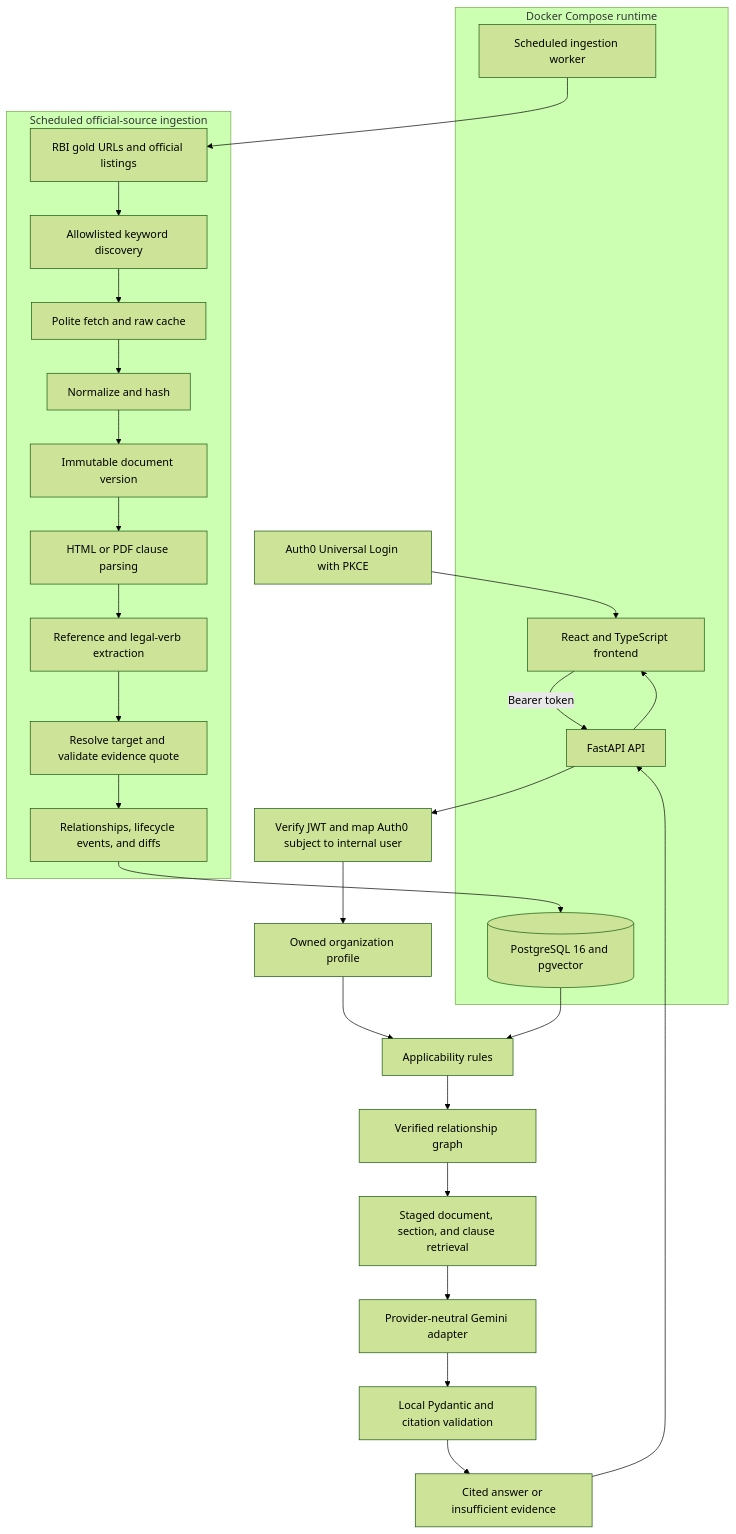
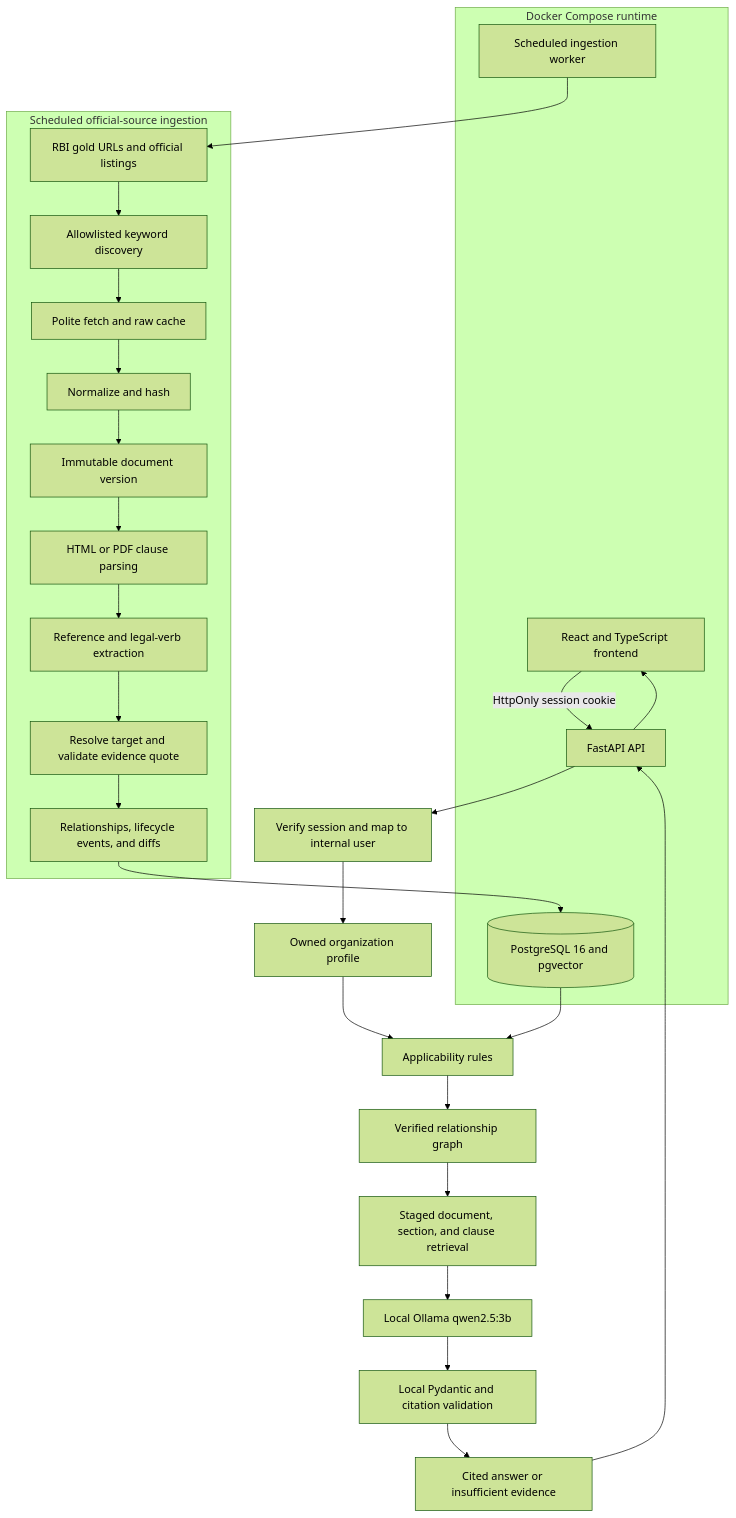
Before and after one commit to arnav7897/RAAY: the diagram in README.md, drawn with Mermaid (forest theme). The commit also changed other lines of this file and 1 other file, not shown here.

````diff
--- a/README.md
+++ b/README.md
@@ -42,38 +55,37 @@
 ```mermaid
 flowchart TD
   subgraph Runtime[Docker Compose runtime]
     FE[React and TypeScript frontend]
     API[FastAPI API]
     WORKER[Scheduled ingestion worker]
     DB[(PostgreSQL 16 and pgvector)]
   end
 
-  AUTH[Auth0 Universal Login with PKCE] --> FE
-  FE -->|Bearer token| API
-  API --> TOK[Verify JWT and map Auth0 subject to internal user]
+  FE -->|HttpOnly session cookie| API
+  API --> TOK[Verify session and map to internal user]
 
   subgraph Ingestion[Scheduled official-source ingestion]
     RBI[RBI gold URLs and official listings] --> DISC[Allowlisted keyword discovery]
     DISC --> FETCH[Polite fetch and raw cache]
     FETCH --> HASH[Normalize and hash]
     HASH --> VERSION[Immutable document version]
     VERSION --> PARSE[HTML or PDF clause parsing]
     PARSE --> REFS[Reference and legal-verb extraction]
     REFS --> VERIFY[Resolve target and validate evidence quote]
     VERIFY --> LIFE[Relationships, lifecycle events, and diffs]
   end
 
   WORKER --> RBI
   LIFE --> DB
 
   TOK --> PROFILE[Owned organization profile]
   PROFILE --> APPLY[Applicability rules]
   DB --> APPLY
   APPLY --> GRAPH[Verified relationship graph]
   GRAPH --> RETRIEVE[Staged document, section, and clause retrieval]
-  RETRIEVE --> GEMINI[Provider-neutral Gemini adapter]
-  GEMINI --> CLAIMS[Local Pydantic and citation validation]
+  RETRIEVE --> OLLAMA[Local Ollama qwen2.5:3b]
+  OLLAMA --> CLAIMS[Local Pydantic and citation validation]
   CLAIMS --> ANSWER[Cited answer or insufficient evidence]
   ANSWER --> API
   API --> FE
 ```
````
